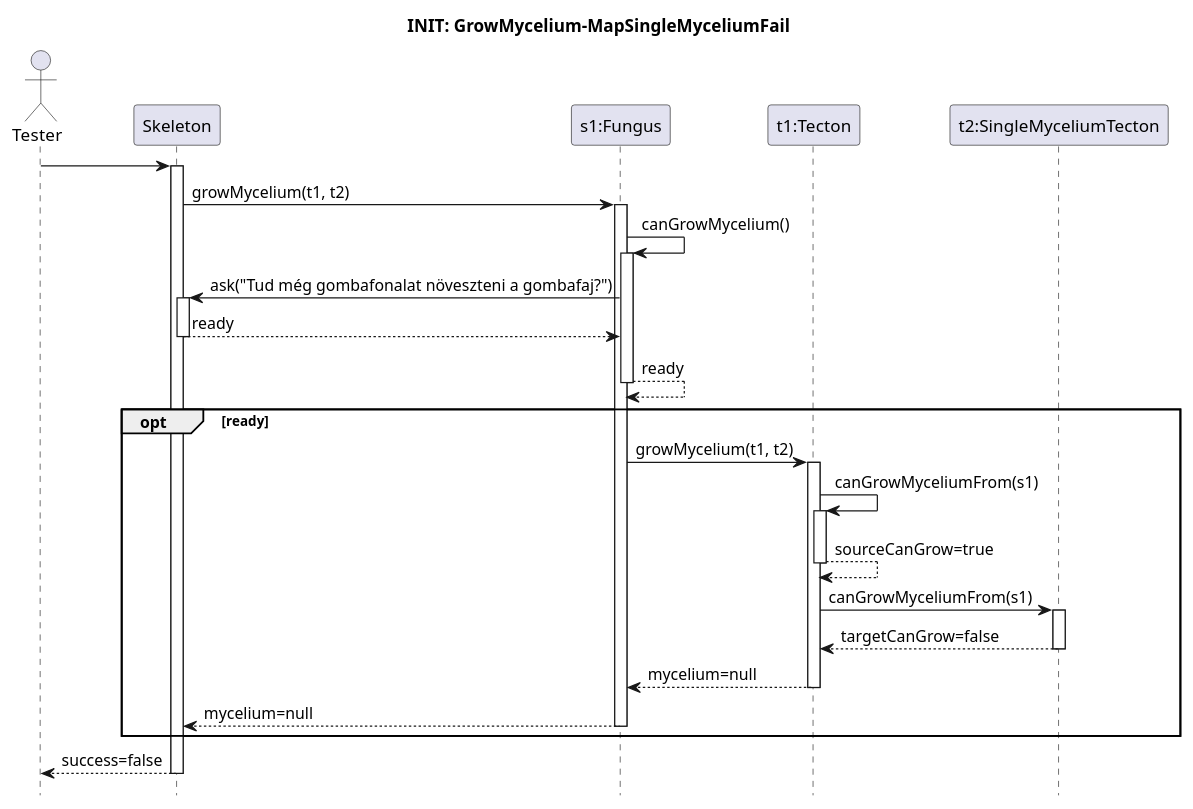
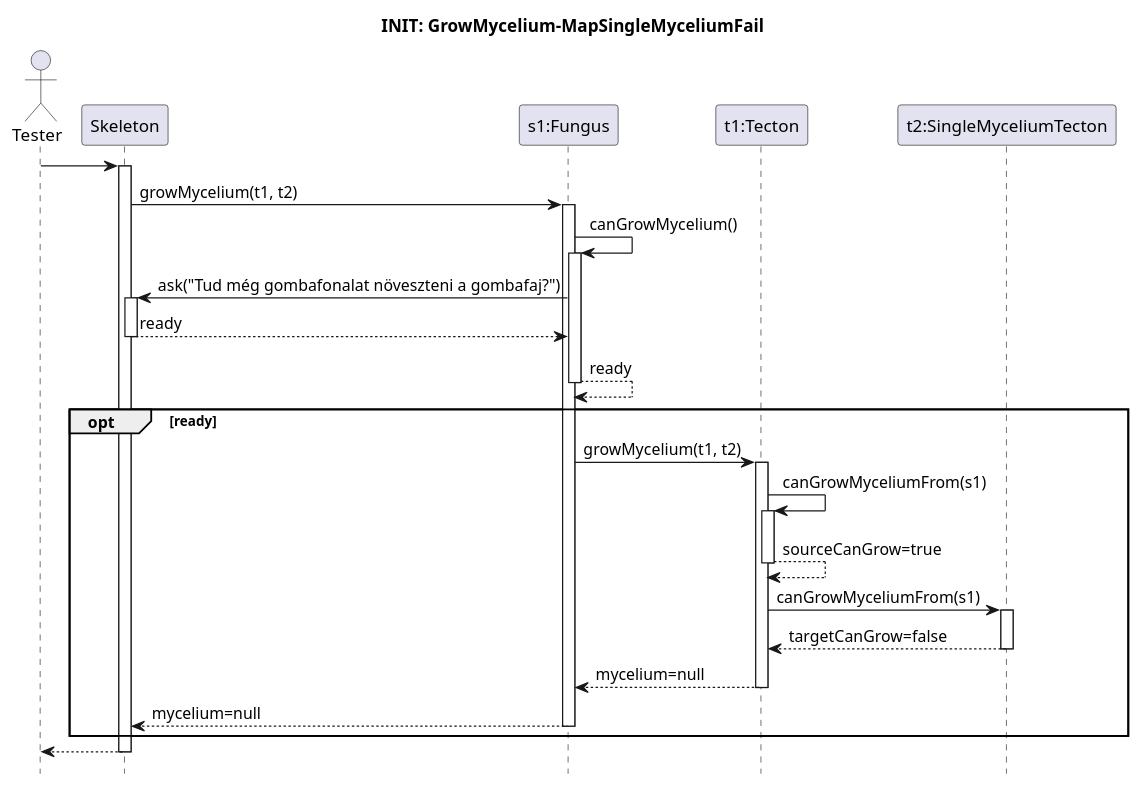
The diagram in Skeleton/Grow-mycelium/singlemycelium-fail.pu (ZD4ve/projlab-error521), drawn with PlantUML before and after one commit. The commit also changed 4 other files, not shown here.

```diff
--- a/Skeleton/Grow-mycelium/singlemycelium-fail.pu
+++ b/Skeleton/Grow-mycelium/singlemycelium-fail.pu
@@ -1,45 +1,45 @@
 @startuml grow-mycelium-success
 hide footbox
 
 title INIT: GrowMycelium-MapSingleMyceliumFail
 
 actor Tester
 participant Skeleton
 participant "s1:Fungus" as species
 participant "t1:Tecton" as source
 participant "t2:SingleMyceliumTecton" as target
 
 Tester -> Skeleton
 activate Skeleton
 
 Skeleton -> species : growMycelium(t1, t2)
 activate species
 
 species -> species : canGrowMycelium()
 activate species
 
 Skeleton <- species : ask("Tud még gombafonalat növeszteni a gombafaj?")
 activate Skeleton
 return ready
 
 return ready
 
 opt ready
 
     species -> source : growMycelium(t1, t2)
     activate source
         source -> source : canGrowMyceliumFrom(s1)
         activate source
         return sourceCanGrow=true
 
         source -> target : canGrowMyceliumFrom(s1)
         activate target
         return targetCanGrow=false
 
         return mycelium=null
 
     return mycelium=null
 end
-return success=false
+return
 
 @enduml
```
